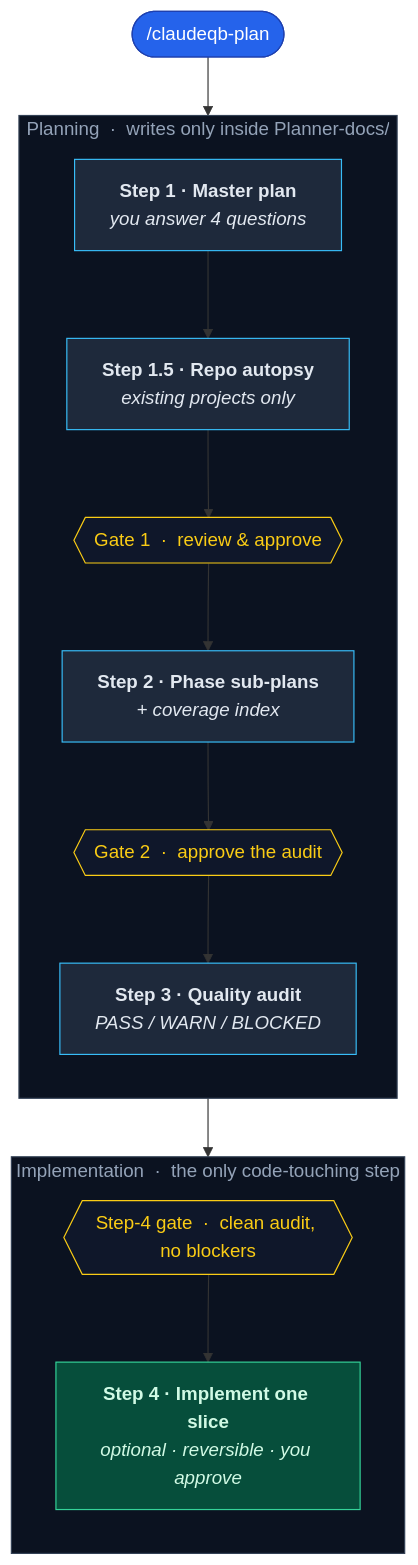
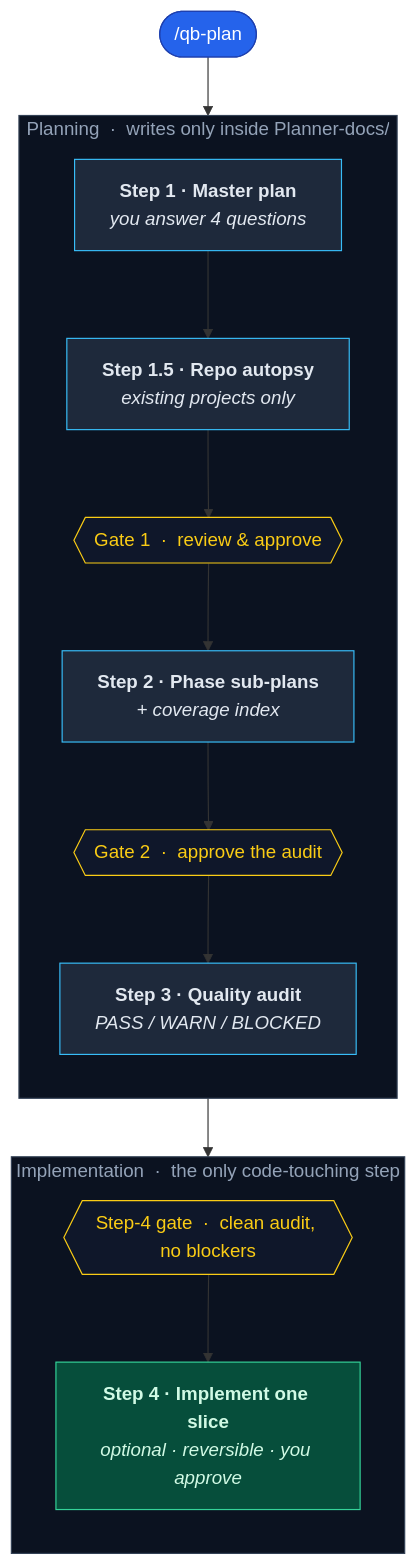
One commit to eserlxl/qb changed the diagram in platforms/claude-code/README.md. Above: the diagram before and after it, drawn with Mermaid. The commit also changed other lines of this file and 104 other files, not shown here.

````diff
--- a/platforms/claude-code/README.md
+++ b/platforms/claude-code/README.md
@@ -76,29 +76,29 @@
 ```mermaid
 flowchart TD
-    Start(["/claudeqb-plan"]):::start
+    Start(["/qb-plan"]):::start
 
     subgraph PLAN["Planning &nbsp;·&nbsp; writes only inside Planner-docs/"]
         direction TB
         S1["<b>Step 1 · Master plan</b><br/><i>you answer 4 questions</i>"]:::step
         S15["<b>Step 1.5 · Repo autopsy</b><br/><i>existing projects only</i>"]:::step
         G1{{"Gate 1 &nbsp;·&nbsp; review &amp; approve"}}:::gate
         S2["<b>Step 2 · Phase sub-plans</b><br/><i>+ coverage index</i>"]:::step
         G2{{"Gate 2 &nbsp;·&nbsp; approve the audit"}}:::gate
         S3["<b>Step 3 · Quality audit</b><br/><i>PASS / WARN / BLOCKED</i>"]:::step
     end
 
     subgraph BUILD["Implementation &nbsp;·&nbsp; the only code-touching step"]
         direction TB
         G3{{"Step-4 gate &nbsp;·&nbsp; clean audit, no blockers"}}:::gate
         S4["<b>Step 4 · Implement one slice</b><br/><i>optional · reversible · you approve</i>"]:::build
     end
 
     Start --> S1 --> S15 --> G1 --> S2 --> G2 --> S3 --> G3 --> S4
 
     classDef start fill:#2563EB,stroke:#1E40AF,color:#FFFFFF;
     classDef step fill:#1E293B,stroke:#38BDF8,color:#E2E8F0;
     classDef gate fill:#0F172A,stroke:#FACC15,color:#FACC15;
     classDef build fill:#064E3B,stroke:#34D399,color:#D1FAE5;
     style PLAN fill:#0B1220,stroke:#334155,color:#94A3B8;
     style BUILD fill:#0B1220,stroke:#334155,color:#94A3B8;
 ```
````
